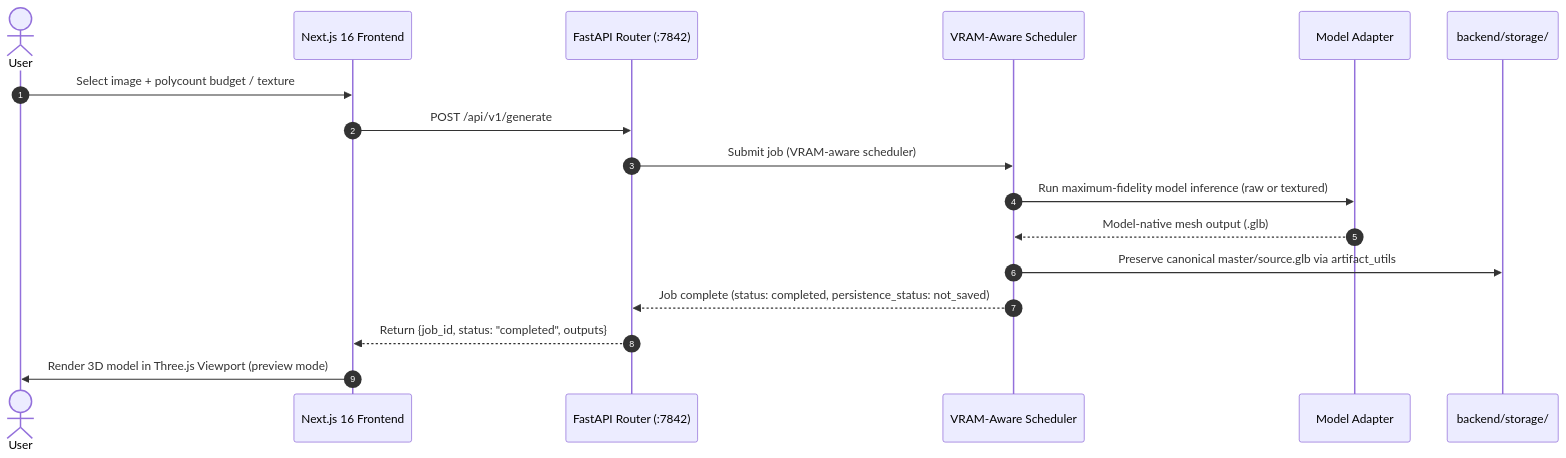
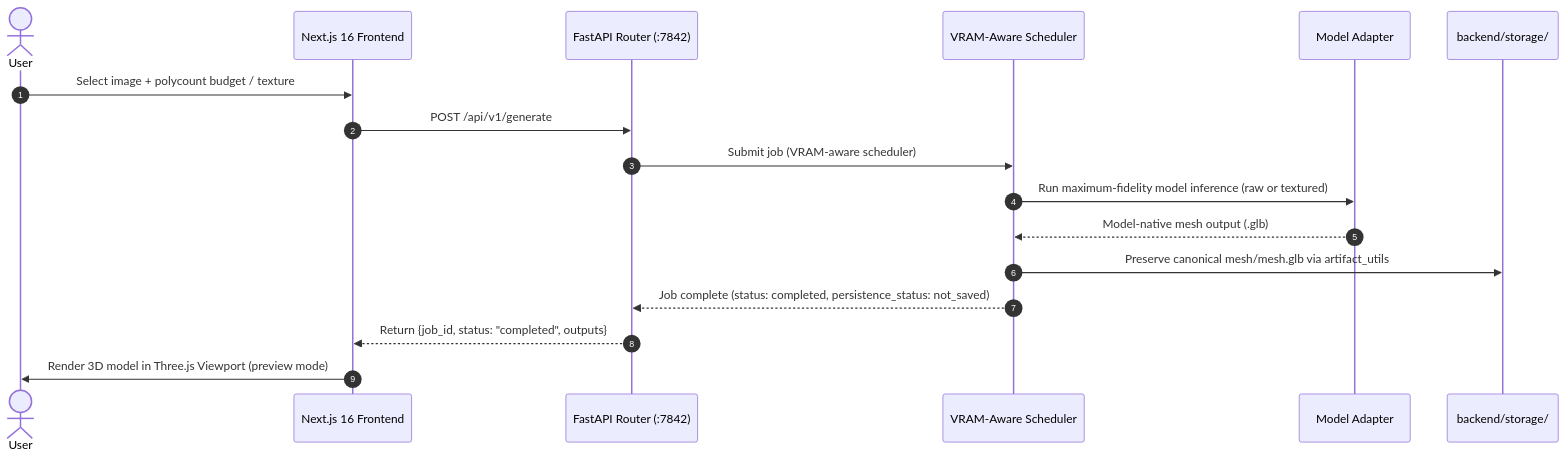
Before and after one commit to Silentzx2/ForMesh3D: the fourth of 7 diagrams in Docs/ARCHITECTURE.md, drawn with Mermaid. The commit also changed other lines of this file and 20 other files, not shown here.

````diff
--- a/Docs/ARCHITECTURE.md
+++ b/Docs/ARCHITECTURE.md
@@ -435,20 +446,20 @@
 ```mermaid
 sequenceDiagram
     autonumber
     actor User
     participant Frontend as Next.js 16 Frontend
     participant API as FastAPI Router (:7842)
     participant SCHED as VRAM-Aware Scheduler
     participant Adapter as Model Adapter
     participant Storage as backend/storage/
 
     User->>Frontend: Select image + polycount budget / texture
     Frontend->>API: POST /api/v1/generate
     API->>SCHED: Submit job (VRAM-aware scheduler)
     SCHED->>Adapter: Run maximum-fidelity model inference (raw or textured)
     Adapter-->>SCHED: Model-native mesh output (.glb)
-    SCHED->>Storage: Preserve canonical master/source.glb via artifact_utils
+    SCHED->>Storage: Preserve canonical mesh/mesh.glb via artifact_utils
     SCHED-->>API: Job complete (status: completed, persistence_status: not_saved)
     API-->>Frontend: Return {job_id, status: "completed", outputs}
     Frontend->>User: Render 3D model in Three.js Viewport (preview mode)
 ```
````
